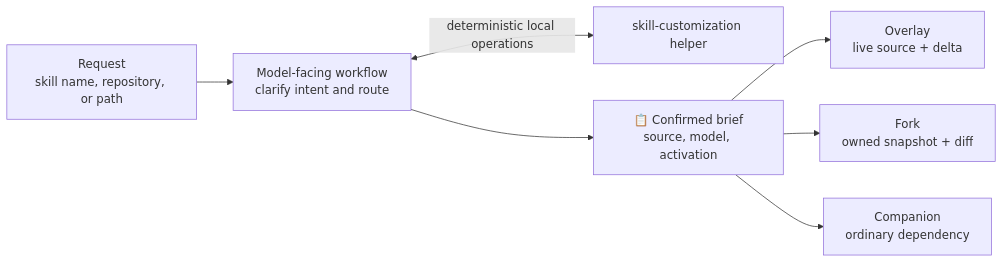
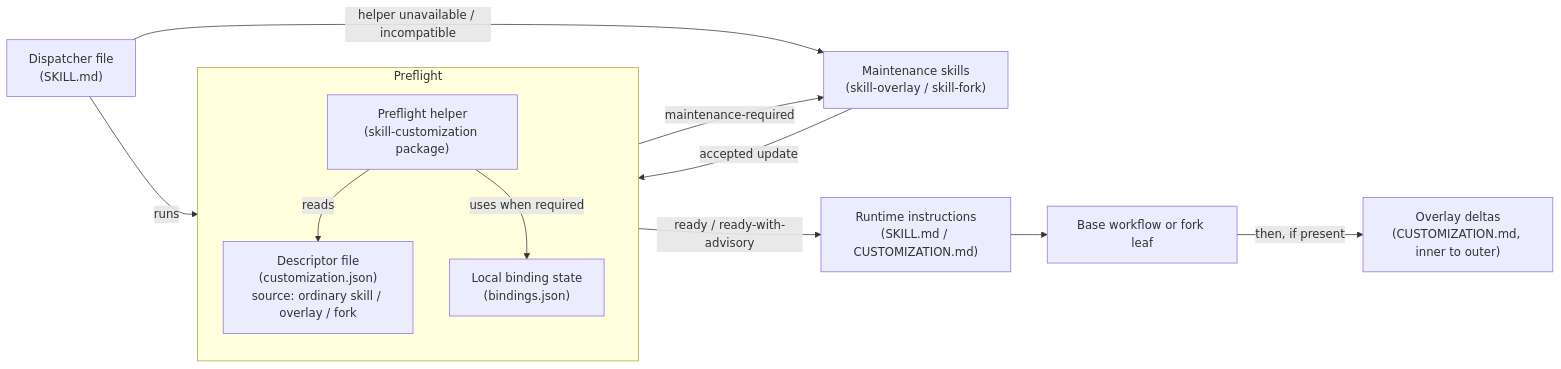
One commit to samitoyang/skill-customization changed the diagram in README.md. Above: the diagram before and after it, drawn with Mermaid. The commit also changed other lines of this file and 50 other files, not shown here.

First line of the commit message:
Redesign managed customization runtime v1 (#2)

````diff
--- a/README.md
+++ b/README.md
@@ -126,9 +193,16 @@
 ```mermaid
 flowchart LR
-    A["Request<br/>skill name, repository, or path"] --> B["Model-facing workflow<br/>clarify intent and route"]
-    B <-->|"deterministic local operations"| C["skill-customization helper"]
-    B --> D["📋 Confirmed brief<br/>source, model, activation"]
-    D --> E["Overlay<br/>live source + delta"]
-    D --> F["Fork<br/>owned snapshot + diff"]
-    D --> G["Companion<br/>ordinary dependency"]
+    subgraph P["Preflight"]
+        direction TB
+        B["Preflight helper<br/>(skill-customization package)"]
+        B -->|"reads"| G["Descriptor file<br/>(customization.json)<br/>source: ordinary skill / overlay / fork"]
+        B -->|"uses when required"| H["Local binding state<br/>(bindings.json)"]
+    end
+    A["Dispatcher file<br/>(SKILL.md)"] -->|"runs"| B
+    A -->|"helper unavailable / incompatible"| F["Maintenance skills<br/>(skill-overlay / skill-fork)"]
+    B -->|"ready / ready-with-advisory"| C["Runtime instructions<br/>(SKILL.md / CUSTOMIZATION.md)"]
+    C --> D["Base workflow or fork leaf"]
+    D -->|"then, if present"| E["Overlay deltas<br/>(CUSTOMIZATION.md, inner to outer)"]
+    B -->|"maintenance-required"| F
+    F -->|"accepted update"| B
 ```
````
